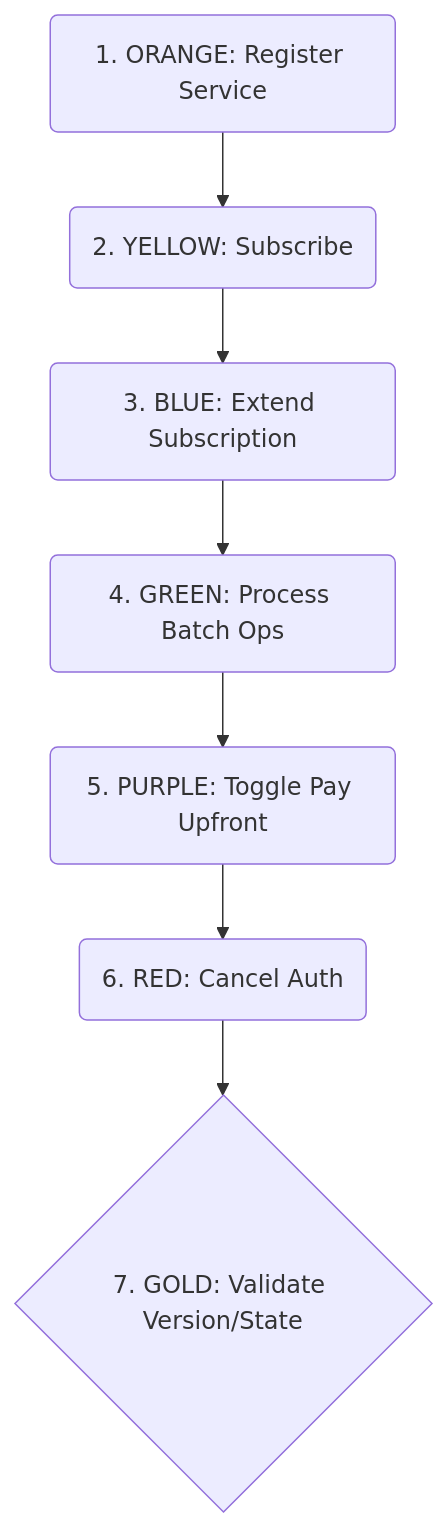
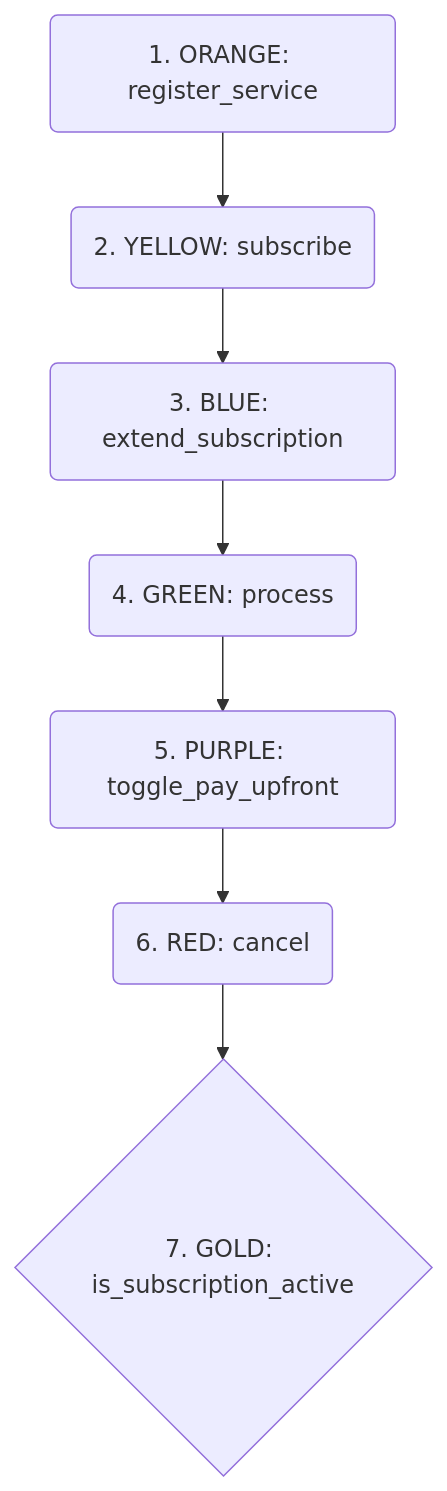
Before and after one commit to Ze0ro99/PiRC: the seventh of 10 diagrams in README.md, drawn with Mermaid. The commit also changed other lines of this file and 200 other files, not shown here.

````diff
--- a/README.md
+++ b/README.md
@@ -105,9 +105,9 @@
 ```mermaid
 flowchart TD
-    L1(1. ORANGE: Register Service) --> L2(2. YELLOW: Subscribe)
-    L2 --> L3(3. BLUE: Extend Subscription)
-    L3 --> L4(4. GREEN: Process Batch Ops)
-    L4 --> L5(5. PURPLE: Toggle Pay Upfront)
-    L5 --> L6(6. RED: Cancel Auth)
-    L6 --> L7{7. GOLD: Validate Version/State}
+    L1(1. ORANGE: register_service) --> L2(2. YELLOW: subscribe)
+    L2 --> L3(3. BLUE: extend_subscription)
+    L3 --> L4(4. GREEN: process)
+    L4 --> L5(5. PURPLE: toggle_pay_upfront)
+    L5 --> L6(6. RED: cancel)
+    L6 --> L7{7. GOLD: is_subscription_active}
 ```
````
